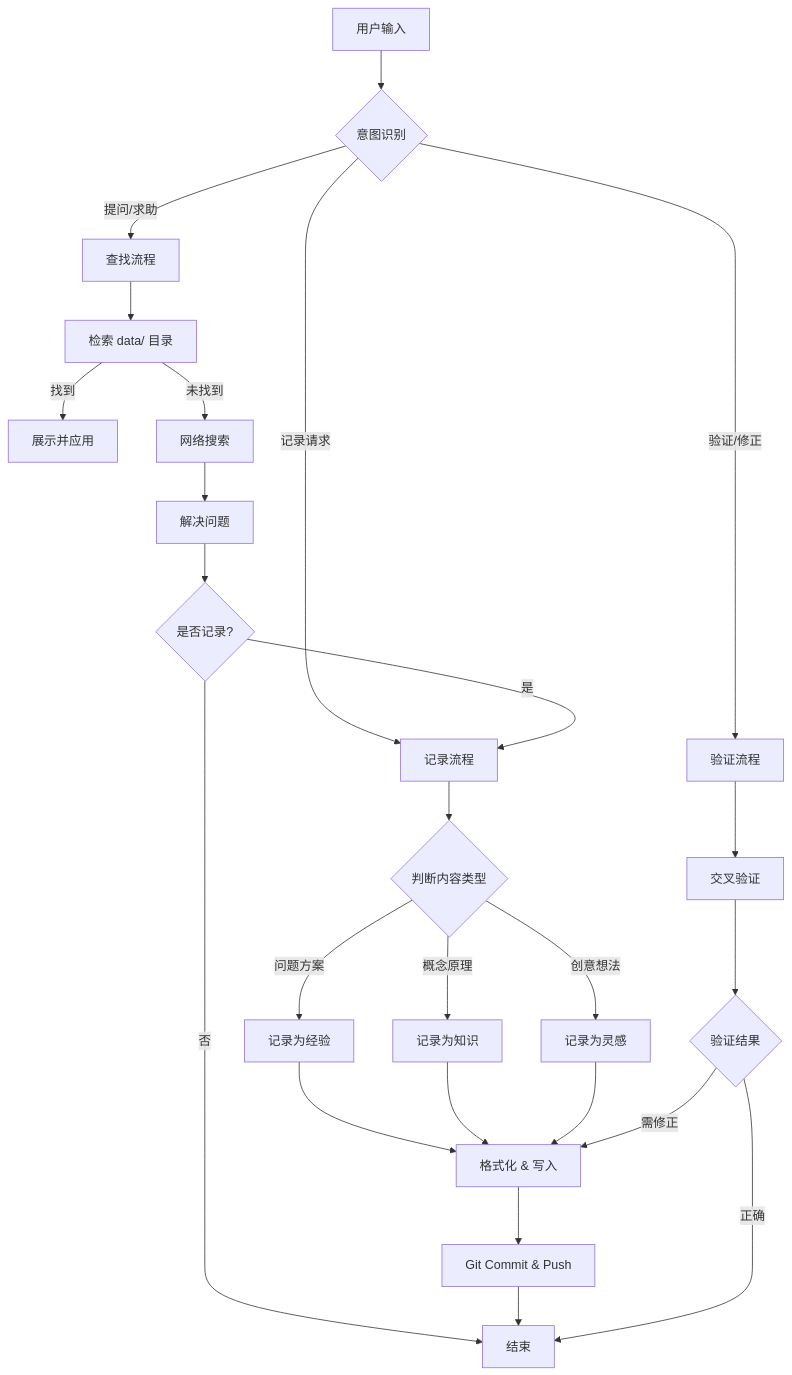
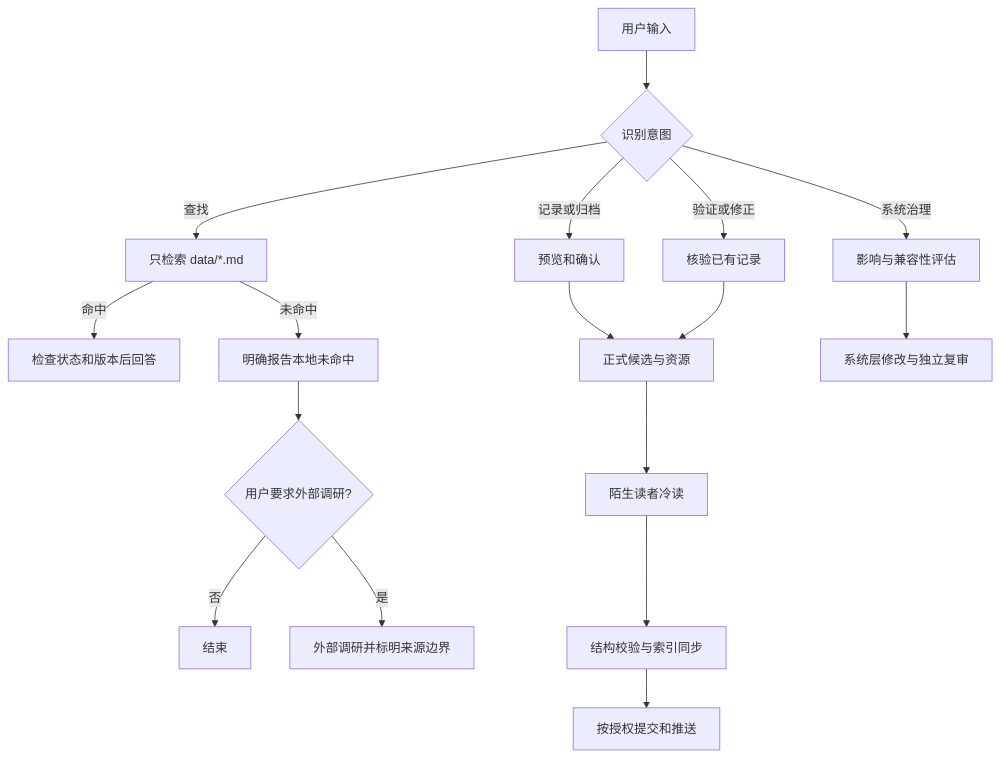
One commit to KTSAMA001/AgentSkill-Akasha-KT changed the diagram in README.md. Above: the diagram before and after it, drawn with Mermaid. The commit also changed other lines of this file and 8 other files, not shown here.

````diff
--- a/README.md
+++ b/README.md
@@ -17,30 +21,19 @@
 ```mermaid
 flowchart TD
-  A[用户输入] --> B{意图识别}
-  B -->|提问/求助| C[查找流程]
-  B -->|记录请求| D[记录流程]
-  B -->|验证/修正| E[验证流程]
-  
-  C --> C1[检索 data/ 目录]
-  C1 -->|找到| C2[展示并应用]
-  C1 -->|未找到| C3[网络搜索]
-  C3 --> C4[解决问题]
-  C4 --> C5{是否记录?}
-  C5 -->|是| D
-  C5 -->|否| F[结束]
-  
-  D --> D1{判断内容类型}
-  D1 -->|问题方案| D2[记录为经验]
-  D1 -->|概念原理| D3[记录为知识]
-  D1 -->|创意想法| D4[记录为灵感]
-  D2 --> D5[格式化 & 写入]
-  D3 --> D5
-  D4 --> D5
-  D5 --> D6[Git Commit & Push]
-  D6 --> F
-  
-  E --> E1[交叉验证]
-  E1 --> E2{验证结果}
-  E2 -->|正确| F
-  E2 -->|需修正| D5
+  A[用户输入] --> B{识别意图}
+  B -->|查找| C[只检索 data/*.md]
+  C -->|命中| D[检查状态和版本后回答]
+  C -->|未命中| E[明确报告本地未命中]
+  E --> F{用户要求外部调研?}
+  F -->|否| Z[结束]
+  F -->|是| G[外部调研并标明来源边界]
+  B -->|记录或归档| H[预览和确认]
+  H --> I[正式候选与资源]
+  B -->|验证或修正| J[核验已有记录]
+  J --> I
+  I --> K[陌生读者冷读]
+  K --> L[结构校验与索引同步]
+  L --> M[按授权提交和推送]
+  B -->|系统治理| N[影响与兼容性评估]
+  N --> O[系统层修改与独立复审]
 ```
````
